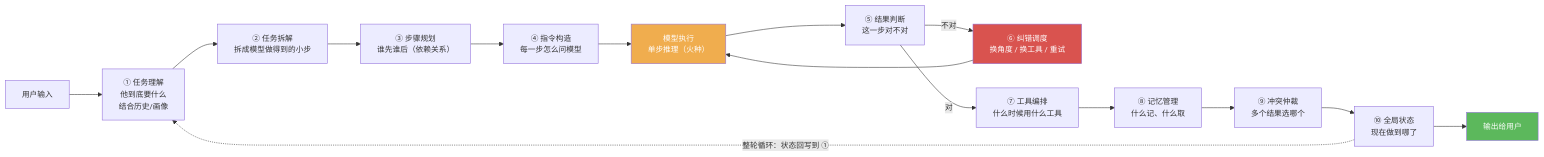
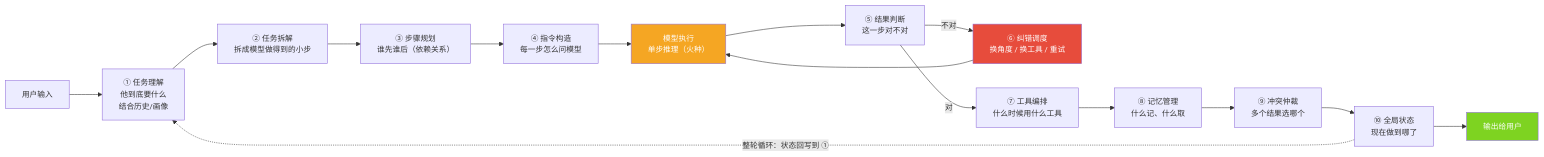
Before and after one commit to jiangchuangege/xiaojiao-harnees: the third of 20 diagrams in docs/architecture-diagrams.md, drawn with Mermaid. The commit also changed other lines of this file and 32 other files, not shown here.

Commit message:
统一：全仓原理图配色到一套调色板 + 给 12 张灰图补色 + 修正自己会睡那张过期图

````diff
--- a/docs/architecture-diagrams.md
+++ b/docs/architecture-diagrams.md
@@ -113,23 +113,23 @@
 ```mermaid
 %%{init: {"themeVariables": {"fontSize": "14px"}, "flowchart": {"htmlLabels": true, "wrappingWidth": 300, "nodeSpacing": 44, "rankSpacing": 60, "useMaxWidth": true}}}%%
 flowchart LR
     U["用户输入"] --> A["① 任务理解<br/>他到底要什么<br/>结合历史/画像"]
     A --> B["② 任务拆解<br/>拆成模型做得到的小步"]
     B --> C["③ 步骤规划<br/>谁先谁后（依赖关系）"]
     C --> D["④ 指令构造<br/>每一步怎么问模型"]
     D --> E["模型执行<br/>单步推理（火种）"]
     E --> F["⑤ 结果判断<br/>这一步对不对"]
     F -->|"不对"| G["⑥ 纠错调度<br/>换角度 / 换工具 / 重试"]
     G --> E
     F -->|"对"| H["⑦ 工具编排<br/>什么时候用什么工具"]
     H --> I["⑧ 记忆管理<br/>什么记、什么取"]
     I --> J["⑨ 冲突仲裁<br/>多个结果选哪个"]
     J --> K["⑩ 全局状态<br/>现在做到哪了"]
     K --> OUT["输出给用户"]
 
     K -.->|"整轮循环：状态回写到 ①"| A
 
-    style E fill:#f0ad4e,color:#fff
-    style OUT fill:#5cb85c,color:#fff
-    style G fill:#d9534f,color:#fff
+    style E fill:#F5A623,color:#fff
+    style OUT fill:#7ED321,color:#fff
+    style G fill:#E74C3C,color:#fff
 ```
````
